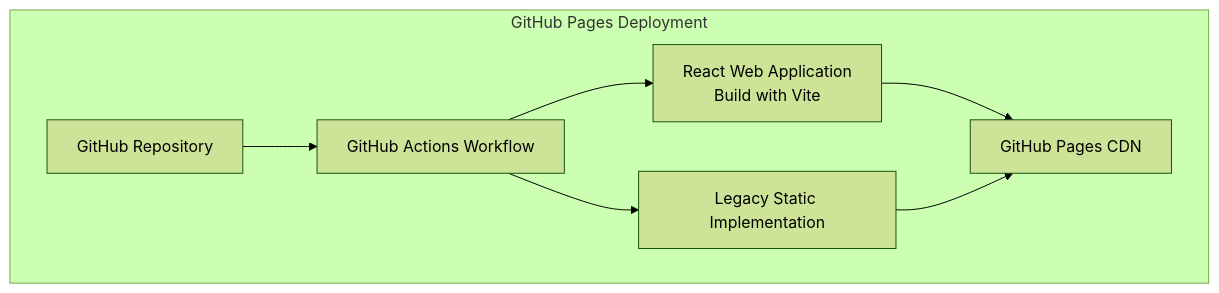
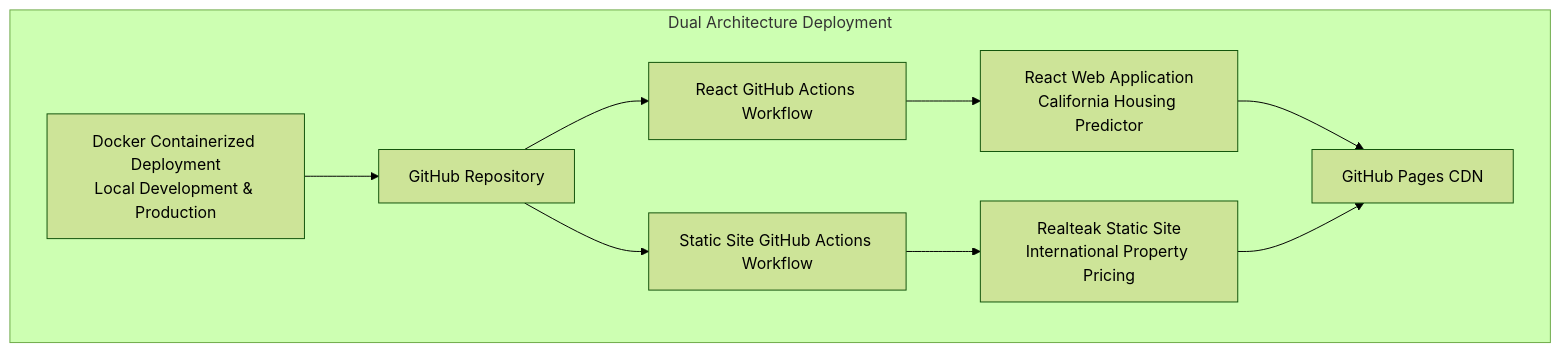
One commit to tashkirrr/housing-price-prediction changed the first of 2 diagrams in .qoder/repowiki/en/content/Deployment and Operations/Deployment and Operations.md. Above: the diagram before and after it, drawn with Mermaid (forest theme). The commit also changed other lines of this file and 3 other files, not shown here.

First line of the commit message:
docs(deployment): enhance deployment docs with dual architecture and static site details

````diff
--- a/.qoder/repowiki/en/content/Deployment and Operations/Deployment and Operations.md
+++ b/.qoder/repowiki/en/content/Deployment and Operations/Deployment and Operations.md
@@ -50,15 +54,19 @@
 ```mermaid
 graph TB
-subgraph "GitHub Pages Deployment"
-WEB["React Web Application<br/>Build with Vite"]
-STATIC["Legacy Static Implementation"]
+subgraph "Dual Architecture Deployment"
+REACT["React Web Application<br/>California Housing Predictor"]
+REALTEAK["Realteak Static Site<br/>International Property Pricing"]
+CONTAINER["Docker Containerized Deployment<br/>Local Development & Production"]
 GITHUB["GitHub Repository"]
-WORKFLOW["GitHub Actions Workflow"]
+WORKFLOW1["React GitHub Actions Workflow"]
+WORKFLOW2["Static Site GitHub Actions Workflow"]
 CDN["GitHub Pages CDN"]
 end
-GITHUB --> WORKFLOW
-WORKFLOW --> WEB
-WORKFLOW --> STATIC
-WEB --> CDN
-STATIC --> CDN
+GITHUB --> WORKFLOW1
+GITHUB --> WORKFLOW2
+WORKFLOW1 --> REACT
+WORKFLOW2 --> REALTEAK
+REACT --> CDN
+REALTEAK --> CDN
+CONTAINER --> GITHUB
 ```
````
